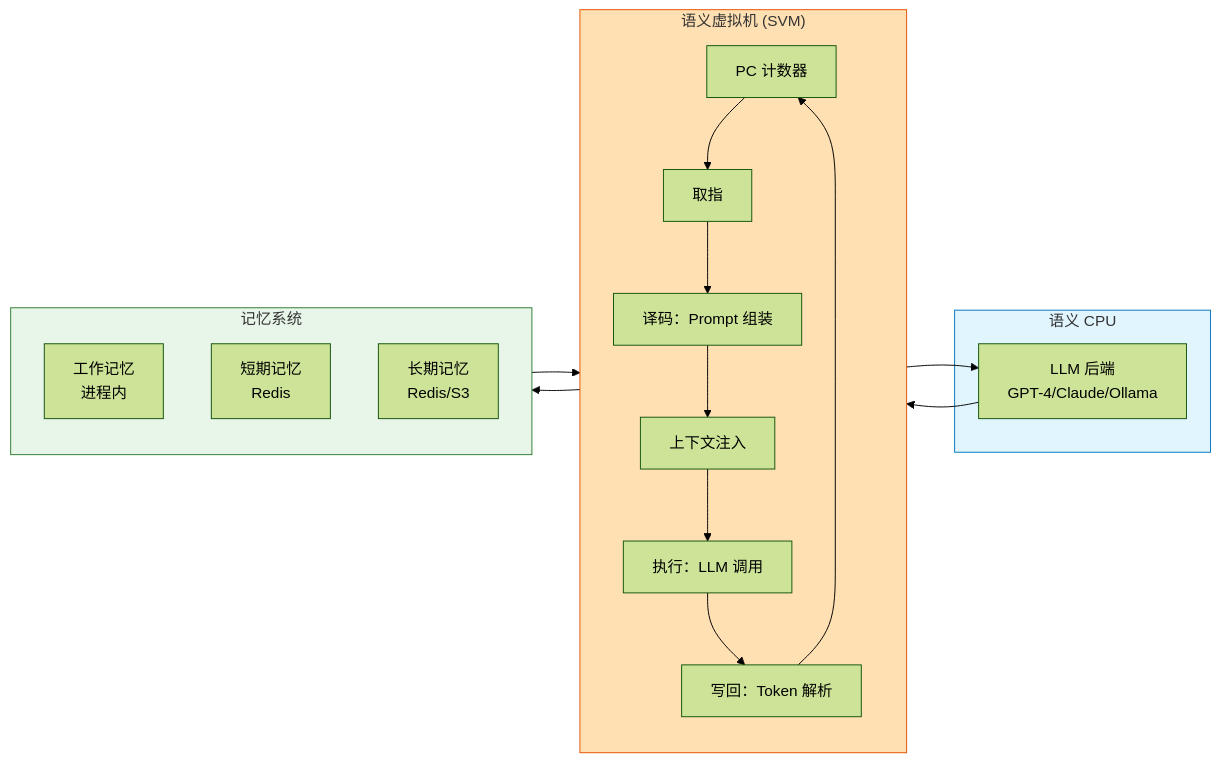
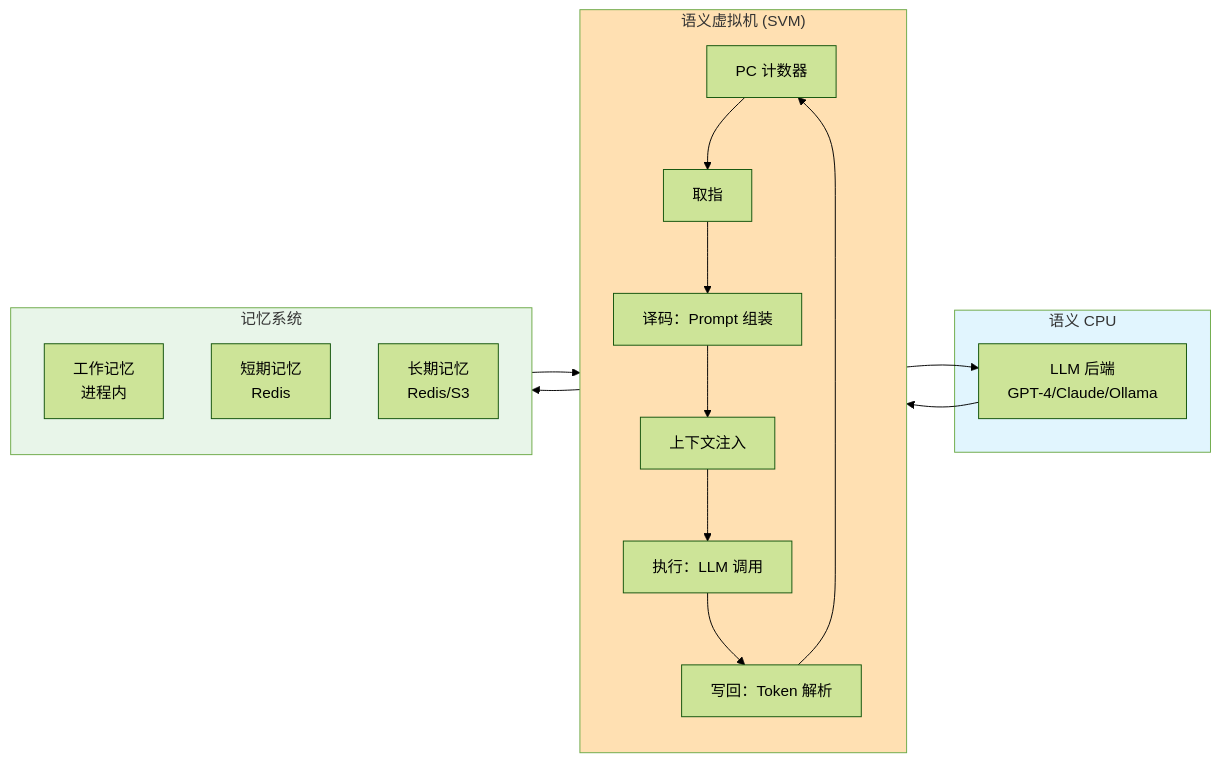
Before and after one commit to jeffery9/intentOS: the ninth of 16 diagrams in papers/Architecture_Diagrams.md, drawn with Mermaid (forest theme). The commit also changed other lines of this file, not shown here.

First line of the commit message:
docs: 修复 Mermaid 图表语法错误

````diff
--- a/papers/Architecture_Diagrams.md
+++ b/papers/Architecture_Diagrams.md
@@ -304,31 +304,31 @@
 ```mermaid
 flowchart LR
     subgraph SVM["语义虚拟机 (SVM)"]
         direction TB
         PC[PC 计数器] --> Fetch[取指]
         Fetch --> Decode[译码：Prompt 组装]
         Decode --> Inject[上下文注入]
         Inject --> Execute[执行：LLM 调用]
         Execute --> Writeback[写回：Token 解析]
         Writeback --> PC
     end
     
     subgraph Memory["记忆系统"]
         WM[工作记忆<br/>进程内]
         SM[短期记忆<br/>Redis]
         LM[长期记忆<br/>Redis/S3]
     end
     
     subgraph LLM["语义 CPU"]
         Model[LLM 后端<br/>GPT-4/Claude/Ollama]
     end
     
     Inject --> Memory
     Memory --> Inject
     Execute --> Model
     Model --> Writeback
-    
-    style SVM fill:#ffe0b2,stroke:#e65100
-    style Memory fill:#e8f5e9,stroke:#2e7d32
-    style LLM fill:#e1f5fe,stroke:#0277bd
+
+    style SVM fill:#ffe0b2
+    style Memory fill:#e8f5e9
+    style LLM fill:#e1f5fe
 ```
````
